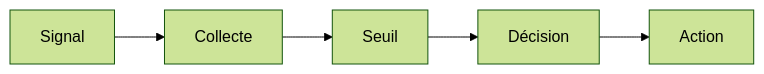
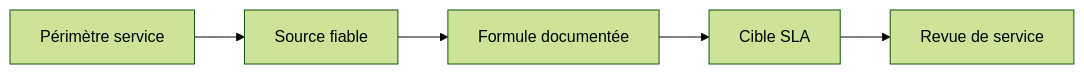
The first of 6 diagrams in content/lessons/maint-sla-intermediaire.md (biggyseven/Skill-Tree), drawn with Mermaid (forest theme) before and after one commit. The commit also changed other lines of this file, not shown here.

Commit message:
Adapter les schémas au sujet de maint-sla-intermediaire

````diff
--- a/content/lessons/maint-sla-intermediaire.md
+++ b/content/lessons/maint-sla-intermediaire.md
@@ -47,4 +47,7 @@
 ```mermaid
 flowchart LR
-  A[Signal] --> B[Collecte] --> C[Seuil] --> D[Décision] --> E[Action]
+  A[Périmètre service] --> B[Source fiable]
+  B --> C[Formule documentée]
+  C --> D[Cible SLA]
+  D --> E[Revue de service]
 ```
````
